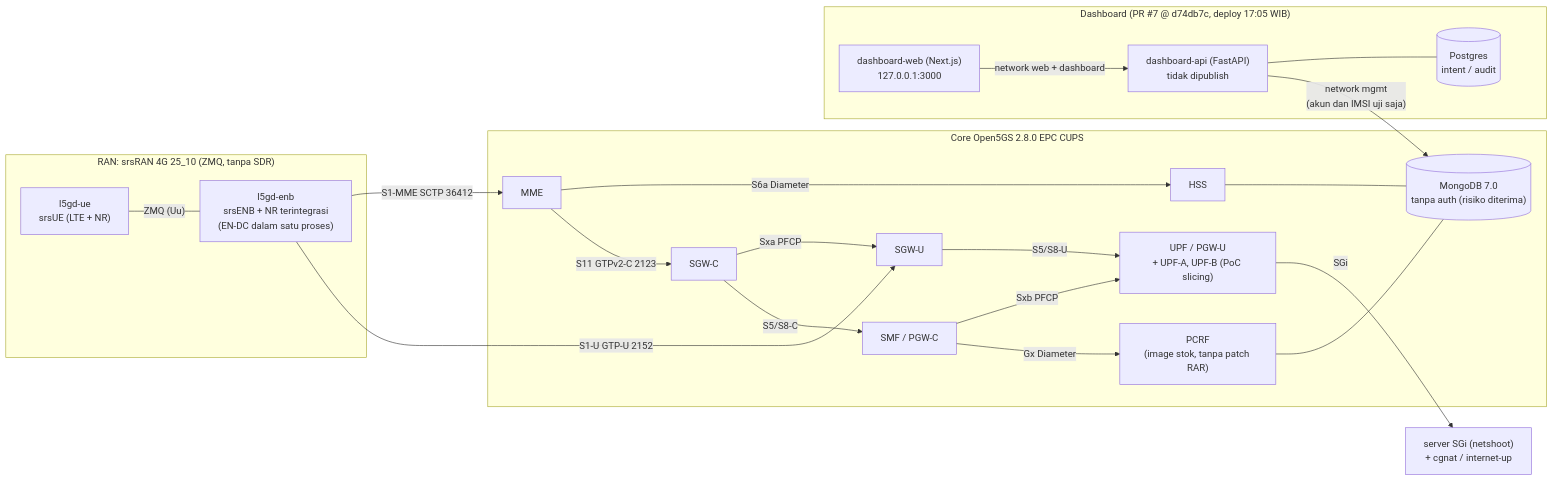
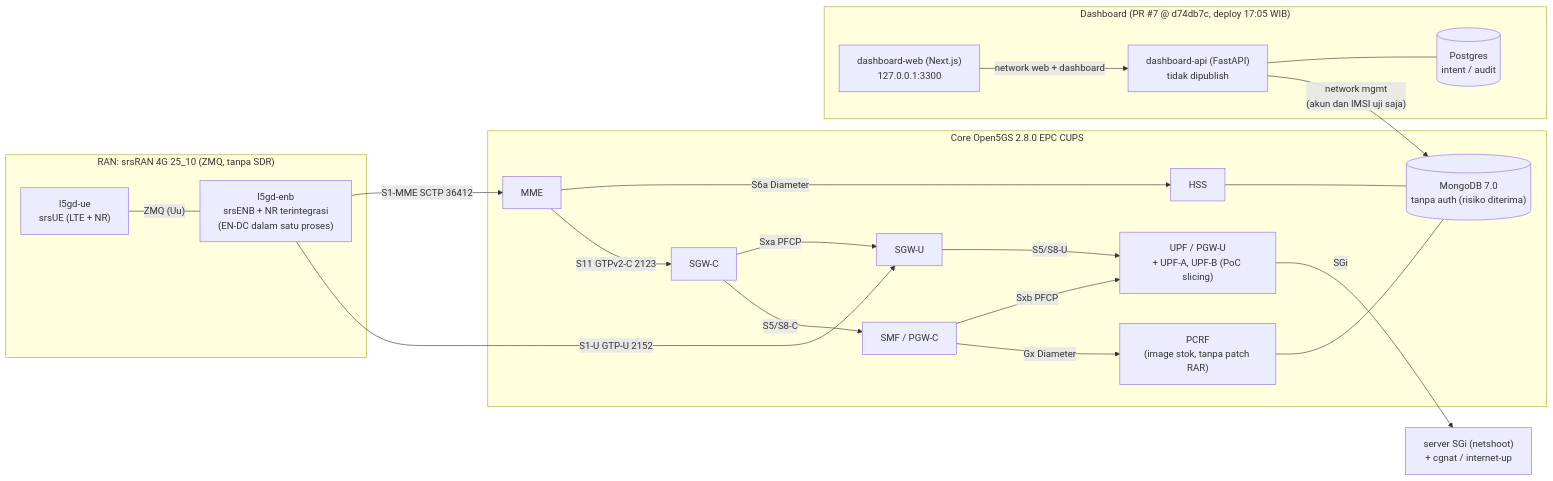
The first of 2 diagrams in docs/architecture/LAB5G-DEV-CURRENT.md (dayat81/open5g), drawn with Mermaid before and after one commit. The commit also changed other lines of this file, not shown here.

````diff
--- a/docs/architecture/LAB5G-DEV-CURRENT.md
+++ b/docs/architecture/LAB5G-DEV-CURRENT.md
@@ -7,44 +7,44 @@
 ```mermaid
 flowchart LR
   subgraph RAN["RAN: srsRAN 4G 25_10 (ZMQ, tanpa SDR)"]
     UE["l5gd-ue<br/>srsUE (LTE + NR)"]
     ENB["l5gd-enb<br/>srsENB + NR terintegrasi<br/>(EN-DC dalam satu proses)"]
     UE -- "ZMQ (Uu)" --- ENB
   end
 
   subgraph EPC["Core Open5GS 2.8.0 EPC CUPS"]
     MME["MME"]
     HSS["HSS"]
     PCRF["PCRF<br/>(image stok, tanpa patch RAR)"]
     SGWC["SGW-C"]
     SGWU["SGW-U"]
     SMF["SMF / PGW-C"]
     UPF["UPF / PGW-U<br/>+ UPF-A, UPF-B (PoC slicing)"]
     MONGO[("MongoDB 7.0<br/>tanpa auth (risiko diterima)")]
   end
 
   subgraph DASH["Dashboard (PR #7 @ d74db7c, deploy 17:05 WIB)"]
-    WEB["dashboard-web (Next.js)<br/>127.0.0.1:3000"]
+    WEB["dashboard-web (Next.js)<br/>127.0.0.1:3300"]
     API["dashboard-api (FastAPI)<br/>tidak dipublish"]
     PG[("Postgres<br/>intent / audit")]
   end
 
   SRV["server SGi (netshoot)<br/>+ cgnat / internet-up"]
 
   ENB -- "S1-MME SCTP 36412" --> MME
   ENB -- "S1-U GTP-U 2152" --> SGWU
   MME -- "S6a Diameter" --> HSS
   MME -- "S11 GTPv2-C 2123" --> SGWC
   SGWC -- "Sxa PFCP" --> SGWU
   SGWC -- "S5/S8-C" --> SMF
   SGWU -- "S5/S8-U" --> UPF
   SMF -- "Sxb PFCP" --> UPF
   SMF -- "Gx Diameter" --> PCRF
   HSS --- MONGO
   PCRF --- MONGO
   UPF -- "SGi" --> SRV
 
   WEB -- "network web + dashboard" --> API
   API --- PG
   API -- "network mgmt<br/>(akun dan IMSI uji saja)" --> MONGO
 ```
````
